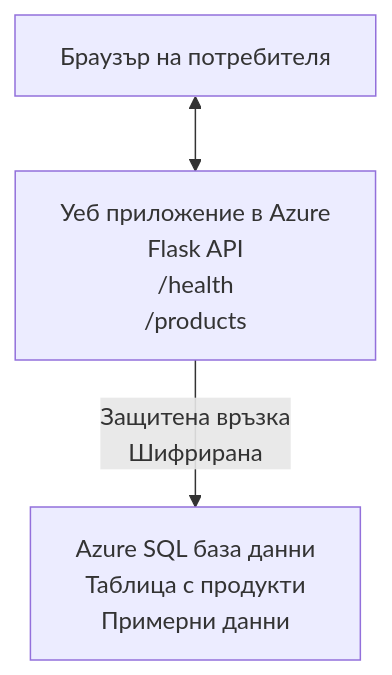
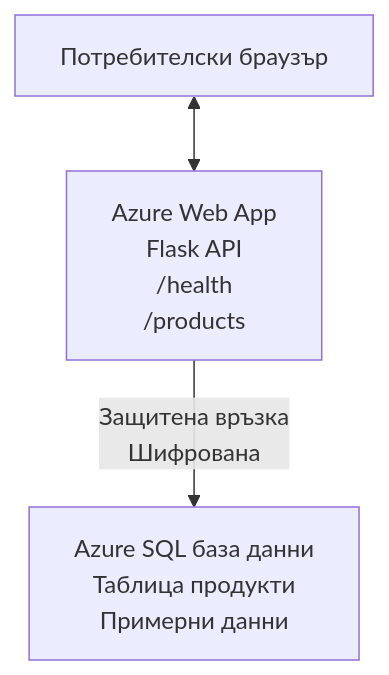
Before and after one commit to microsoft/AZD-for-beginners: the diagram in translations/bg/examples/database-app/README.md, drawn with Mermaid. The commit also changed other lines of this file and 101 other files, not shown here.

````diff
--- a/translations/bg/examples/database-app/README.md
+++ b/translations/bg/examples/database-app/README.md
@@ -72,5 +72,5 @@
 ```mermaid
 graph TD
-    Browser[Браузър на потребителя] <--> WebApp[Уеб приложение в Azure<br/>Flask API<br/>/health<br/>/products]
-    WebApp -- Защитена връзка<br/>Шифрирана --> SQL[Azure SQL база данни<br/>Таблица с продукти<br/>Примерни данни]
+    Browser[Потребителски браузър] <--> WebApp[Azure Web App<br/>Flask API<br/>/health<br/>/products]
+    WebApp -- Защитена връзка<br/>Шифрована --> SQL[Azure SQL база данни<br/>Таблица продукти<br/>Примерни данни]
 ```
````
